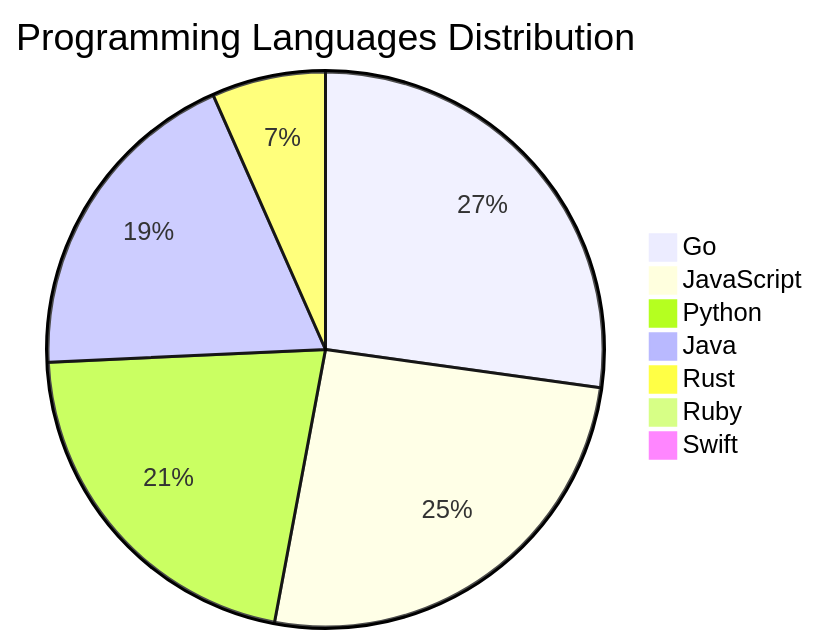
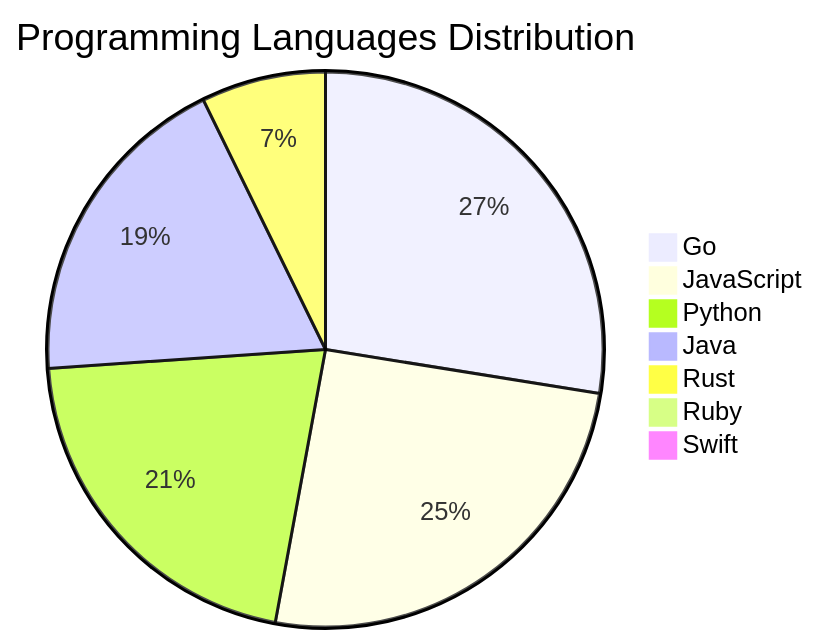
One commit to Derrick-MUGISHA/github-activity-bot changed the diagram in README.md. Above: the diagram before and after it, drawn with Mermaid. The commit also changed other lines of this file and 4 other files, not shown here.

````diff
--- a/README.md
+++ b/README.md
@@ -207,10 +207,10 @@
 ```mermaid
 pie title Programming Languages Distribution
-    "Go" : 37
+    "Go" : 38
     "JavaScript" : 35
     "Python" : 29
     "Java" : 26
-    "Rust" : 9
+    "Rust" : 10
     "Ruby" : 1
     "Swift" : 1
 ```
````
